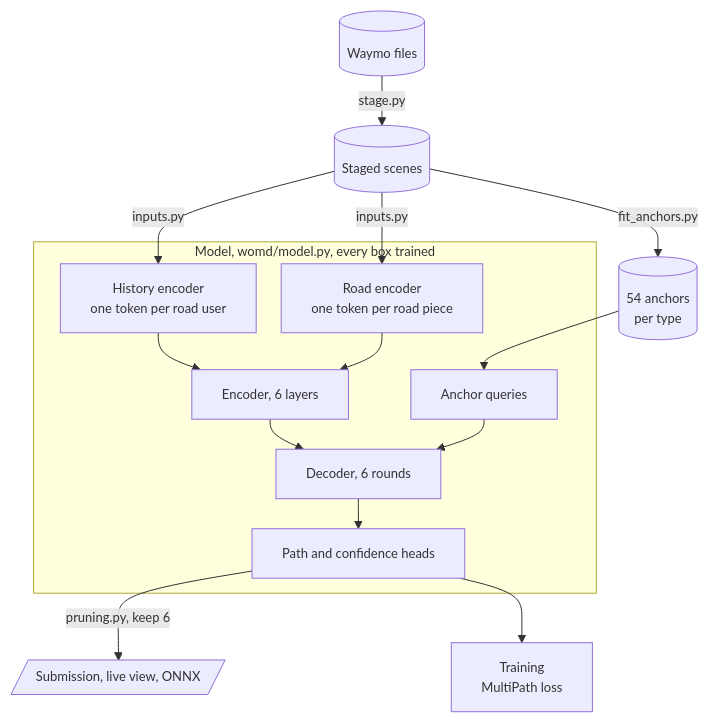
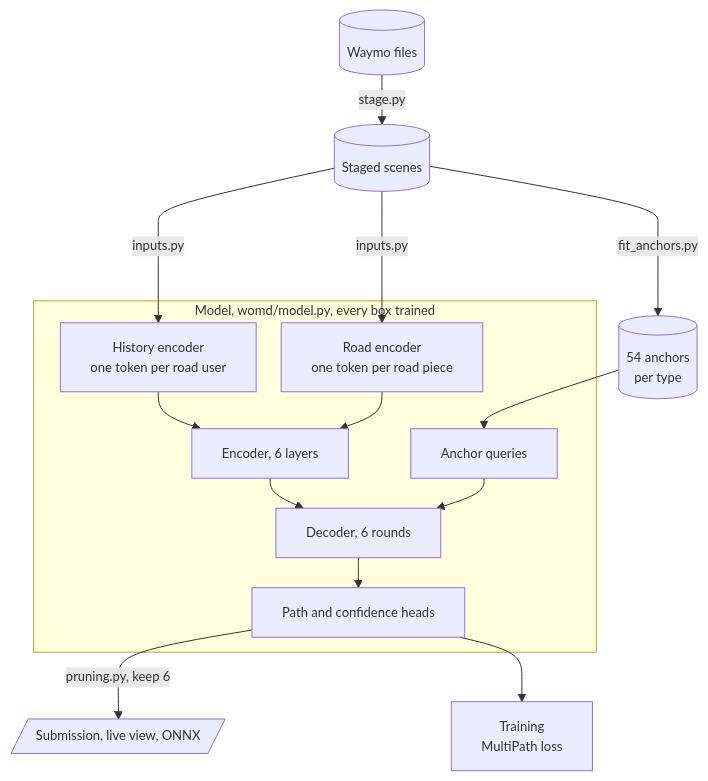
One commit to Scott-Grew/MotionNet-avPrediction changed the diagram in README.md. Above: the diagram before and after it, drawn with Mermaid.

Commit message:
set the anchors beside the model in the chart

````diff
--- a/README.md
+++ b/README.md
@@ -61,20 +61,20 @@
 ```mermaid
 %%{init: {"flowchart": {"nodeSpacing": 25, "rankSpacing": 30}, "themeVariables": {"fontSize": "13px"}}}%%
 flowchart TD
     RAW[("Waymo files")] -->|stage.py| STAGED[("Staged scenes")]
-    STAGED -->|fit_anchors.py| ANCHORS[("54 anchors<br/>per type")]
     subgraph MODEL["Model, womd/model.py, every box trained"]
         AGENTS["History encoder<br/>one token per road user"]
         ROAD["Road encoder<br/>one token per road piece"]
         ENCODER["Encoder, 6 layers"]
         QUERY["Anchor queries"]
         DECODER["Decoder, 6 rounds"]
         HEADS["Path and confidence heads"]
         AGENTS & ROAD --> ENCODER --> DECODER
         QUERY --> DECODER --> HEADS
     end
     STAGED -->|inputs.py| AGENTS & ROAD
+    STAGED ---->|fit_anchors.py| ANCHORS[("54 anchors<br/>per type")]
     ANCHORS --> QUERY
     HEADS -->|pruning.py, keep 6| OUT[/"Submission, live view, ONNX"/]
     HEADS --> LOSS["Training<br/>MultiPath loss"]
 ```
````
